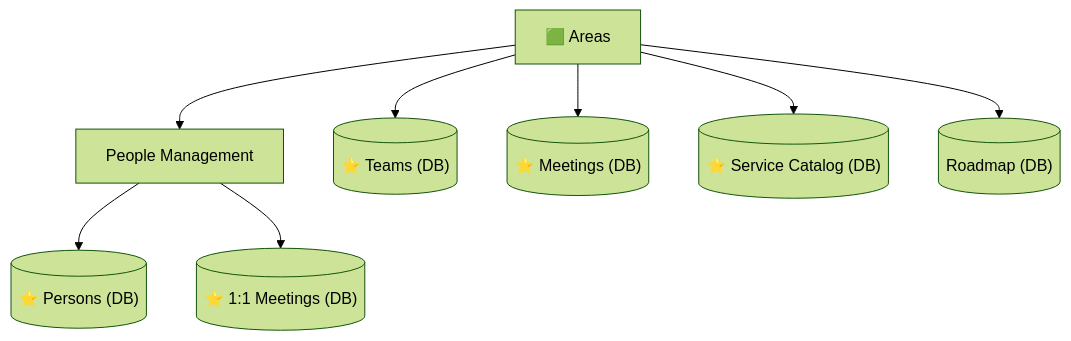
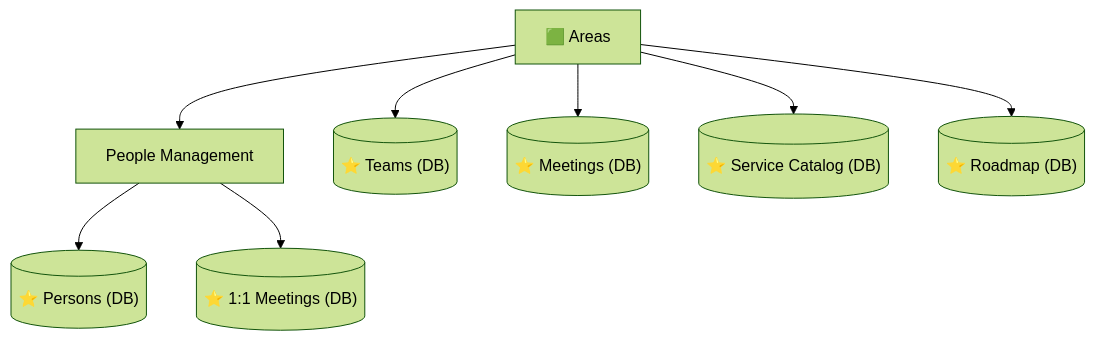
The fifth of 7 diagrams in workflow/personal_productivity_system.md (dcop7/tips_and_guides), drawn with Mermaid (forest theme) before and after one commit. The commit also changed other lines of this file, not shown here.

````diff
--- a/workflow/personal_productivity_system.md
+++ b/workflow/personal_productivity_system.md
@@ -227,10 +227,10 @@
 ```mermaid
 graph TD
     Areas["🟩 Areas"] --> PM["People Management"]
     Areas --> Teams[("⭐ Teams (DB)")]
     Areas --> Meetings[("⭐ Meetings (DB)")]
     Areas --> SC[("⭐ Service Catalog (DB)")]
-    Areas --> RM[("Roadmap (DB)")]
+    Areas --> RM[("⭐ Roadmap (DB)")]
     PM --> Persons[("⭐ Persons (DB)")]
     PM --> OneOnOne[("⭐ 1:1 Meetings (DB)")]
 ```
````
